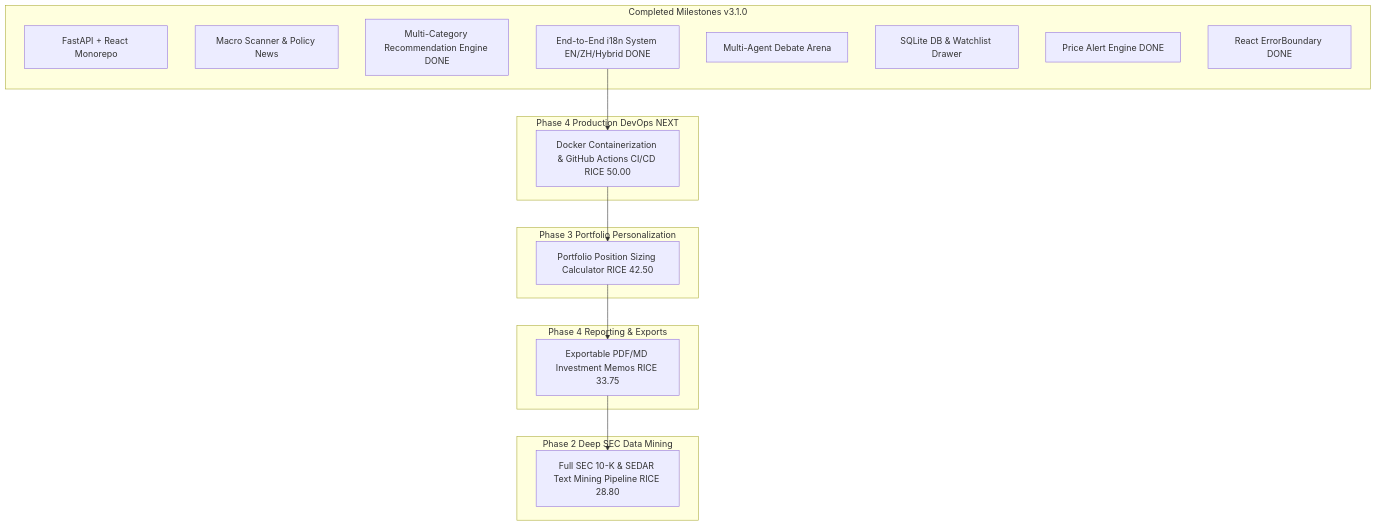
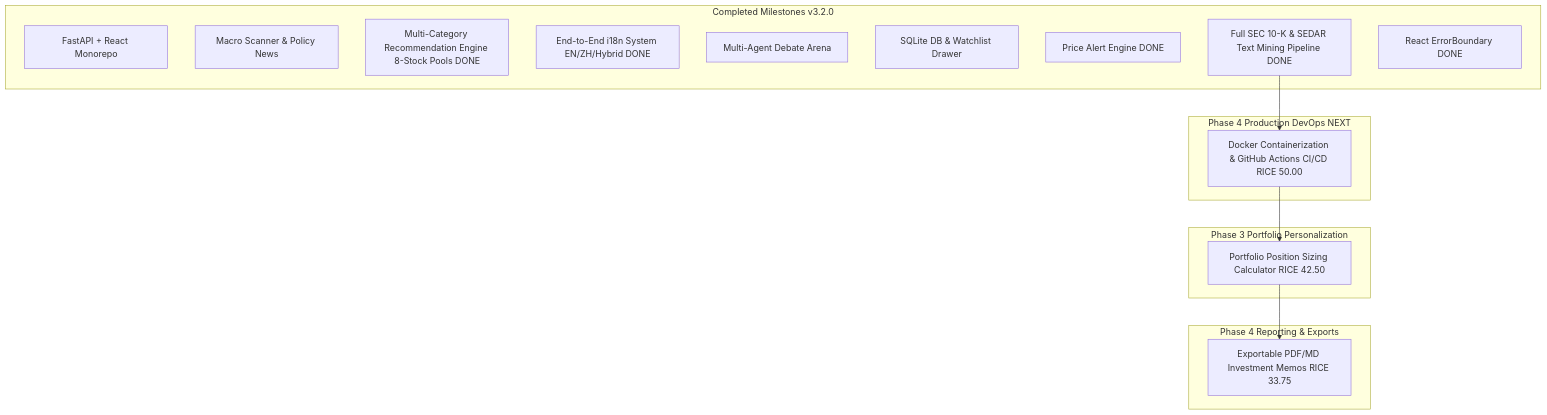
Before and after one commit to edzhangcan/ai-investment: the diagram in remaining_backlog_rice.md, drawn with Mermaid. The commit also changed other lines of this file, not shown here.

Commit message:
docs: update remaining backlog RICE table for release v3.2.0

````diff
--- a/remaining_backlog_rice.md
+++ b/remaining_backlog_rice.md
@@ -30,34 +30,30 @@
 ```mermaid
 graph TD
-    subgraph Completed Milestones v3.1.0
+    subgraph Completed Milestones v3.2.0
         F1[FastAPI + React Monorepo]
         F2[Macro Scanner & Policy News]
-        F3[Multi-Category Recommendation Engine DONE]
+        F3[Multi-Category Recommendation Engine 8-Stock Pools DONE]
         F4[End-to-End i18n System EN/ZH/Hybrid DONE]
         F5[Multi-Agent Debate Arena]
         F6[SQLite DB & Watchlist Drawer]
         F7[Price Alert Engine DONE]
-        F8[React ErrorBoundary DONE]
+        F8[Full SEC 10-K & SEDAR Text Mining Pipeline DONE]
+        F9[React ErrorBoundary DONE]
     end
 
     subgraph Phase 4 Production DevOps NEXT
         P4_1[Docker Containerization & GitHub Actions CI/CD RICE 50.00]
     end
 
     subgraph Phase 3 Portfolio Personalization
         P3_1[Portfolio Position Sizing Calculator RICE 42.50]
     end
 
     subgraph Phase 4 Reporting & Exports
         P4_2[Exportable PDF/MD Investment Memos RICE 33.75]
     end
 
-    subgraph Phase 2 Deep SEC Data Mining
-        P2_1[Full SEC 10-K & SEDAR Text Mining Pipeline RICE 28.80]
-    end
-
-    F4 --> P4_1
+    F8 --> P4_1
     P4_1 --> P3_1
     P3_1 --> P4_2
-    P4_2 --> P2_1
 ```
````
